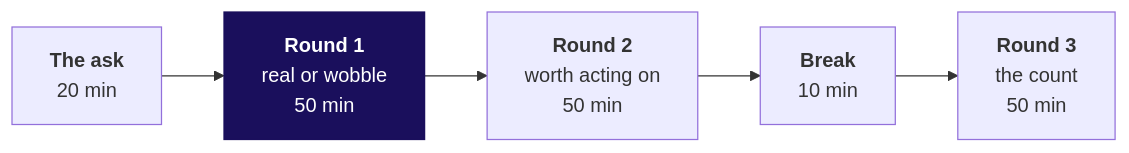
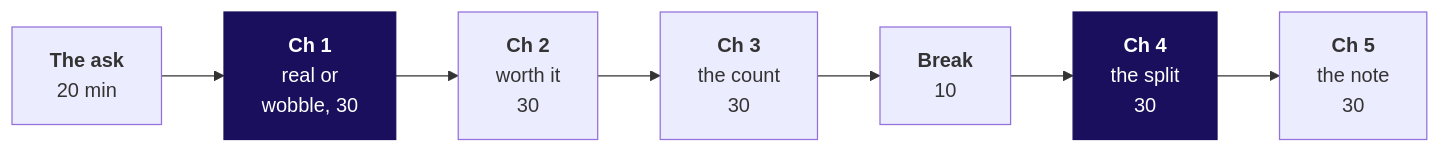
One commit to fde-academy-lab/c2-content-factory changed the first of 2 diagrams in content/W01/D4/trainer/C2_W01_D04_day_sheet_TRAINER.md. Above: the diagram before and after it, drawn with Mermaid. The commit also changed other lines of this file and 13 other files, not shown here.

````diff
--- a/content/W01/D4/trainer/C2_W01_D04_day_sheet_TRAINER.md
+++ b/content/W01/D4/trainer/C2_W01_D04_day_sheet_TRAINER.md
@@ -23,6 +27,6 @@
 ```mermaid
 flowchart LR
-    A["<b>The ask</b><br/>20 min"] --> R1["<b>Round 1</b><br/>real or wobble<br/>50 min"] --> R2["<b>Round 2</b><br/>worth acting on<br/>50 min"] --> B["<b>Break</b><br/>10 min"] --> R3["<b>Round 3</b><br/>the count<br/>50 min"]
+    A["<b>The ask</b><br/>20 min"] --> C1["<b>Ch 1</b><br/>real or<br/>wobble, 30"] --> C2["<b>Ch 2</b><br/>worth it<br/>30"] --> C3["<b>Ch 3</b><br/>the count<br/>30"] --> B["<b>Break</b><br/>10"] --> C4["<b>Ch 4</b><br/>the split<br/>30"] --> C5["<b>Ch 5</b><br/>the note<br/>30"]
     classDef core fill:#1A0F5C,stroke:#1A0F5C,color:#FFFFFF
-    class R1 core
+    class C1,C4 core
 ```
````
